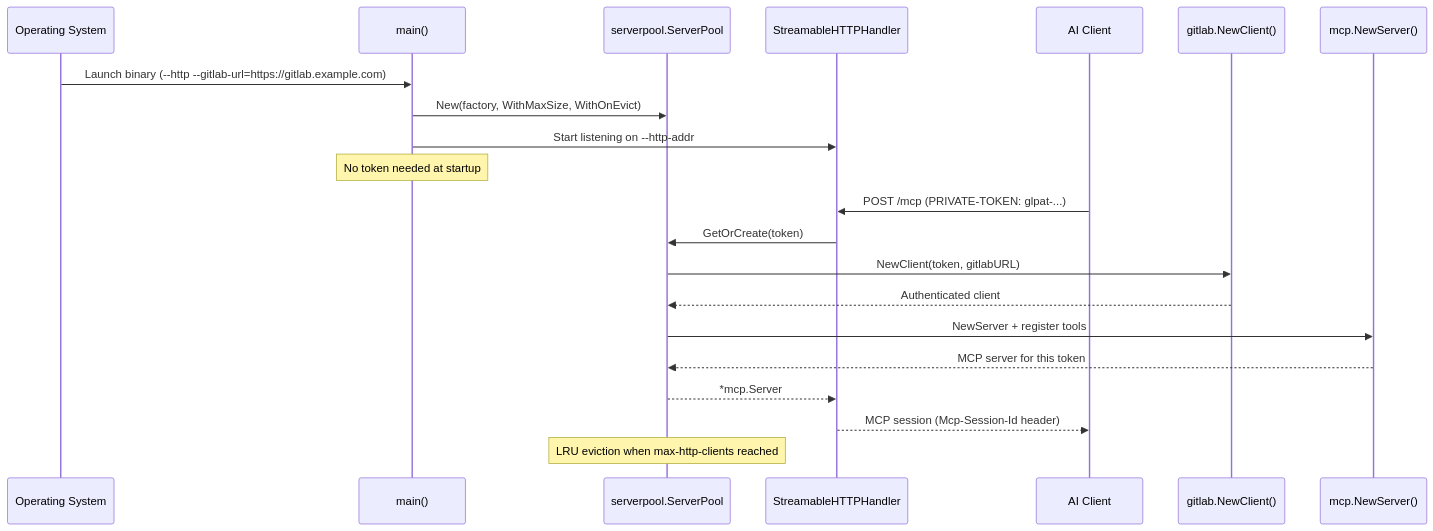
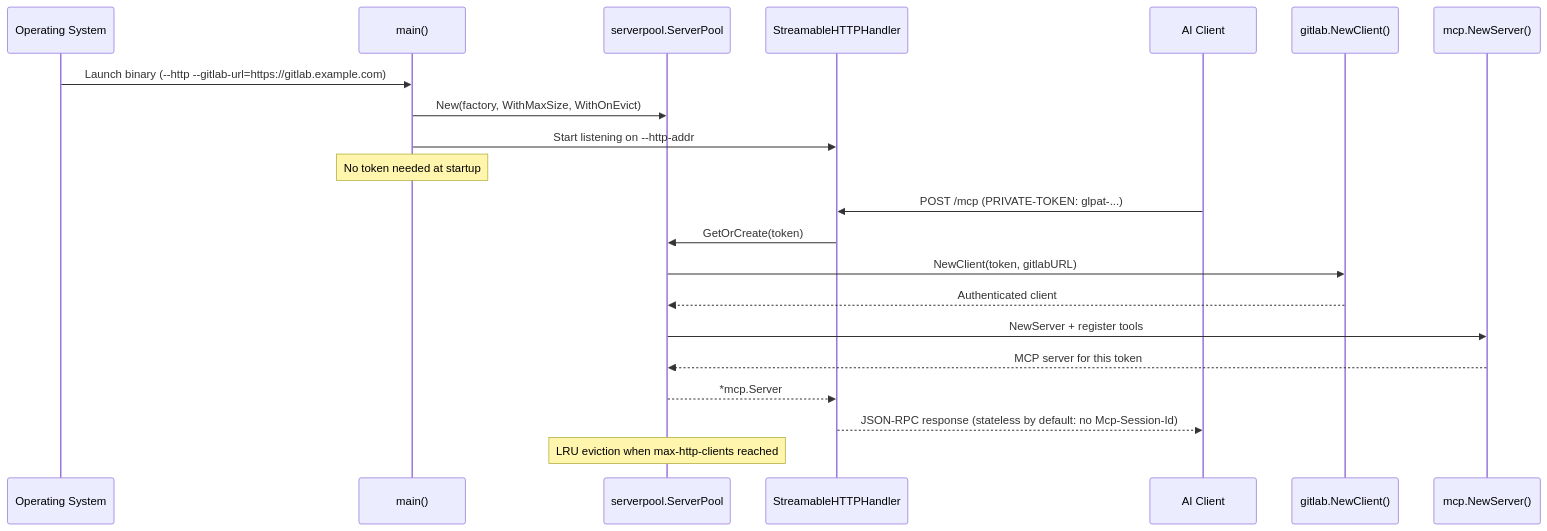
Before and after one commit to jmrplens/gitlab-mcp-server: diagram 12 of 12 in docs/concepts/architecture.md, drawn with Mermaid. The commit also changed other lines of this file and 102 other files, not shown here.

````diff
--- a/docs/concepts/architecture.md
+++ b/docs/concepts/architecture.md
@@ -549,24 +550,24 @@
 ```mermaid
 sequenceDiagram
     participant OS as Operating System
     participant Main as main()
     participant Pool as serverpool.ServerPool
     participant HTTP as StreamableHTTPHandler
     participant Client as AI Client
     participant GL as gitlab.NewClient()
     participant MCP as mcp.NewServer()
 
     OS->>Main: Launch binary (--http --gitlab-url=https://gitlab.example.com)
     Main->>Pool: New(factory, WithMaxSize, WithOnEvict)
     Main->>HTTP: Start listening on --http-addr
     Note over Main: No token needed at startup
     Client->>HTTP: POST /mcp (PRIVATE-TOKEN: glpat-...)
     HTTP->>Pool: GetOrCreate(token)
     Pool->>GL: NewClient(token, gitlabURL)
     GL-->>Pool: Authenticated client
     Pool->>MCP: NewServer + register tools
     MCP-->>Pool: MCP server for this token
     Pool-->>HTTP: *mcp.Server
-    HTTP-->>Client: MCP session (Mcp-Session-Id header)
+    HTTP-->>Client: JSON-RPC response (stateless by default: no Mcp-Session-Id)
     Note over Pool: LRU eviction when max-http-clients reached
 ```
````
